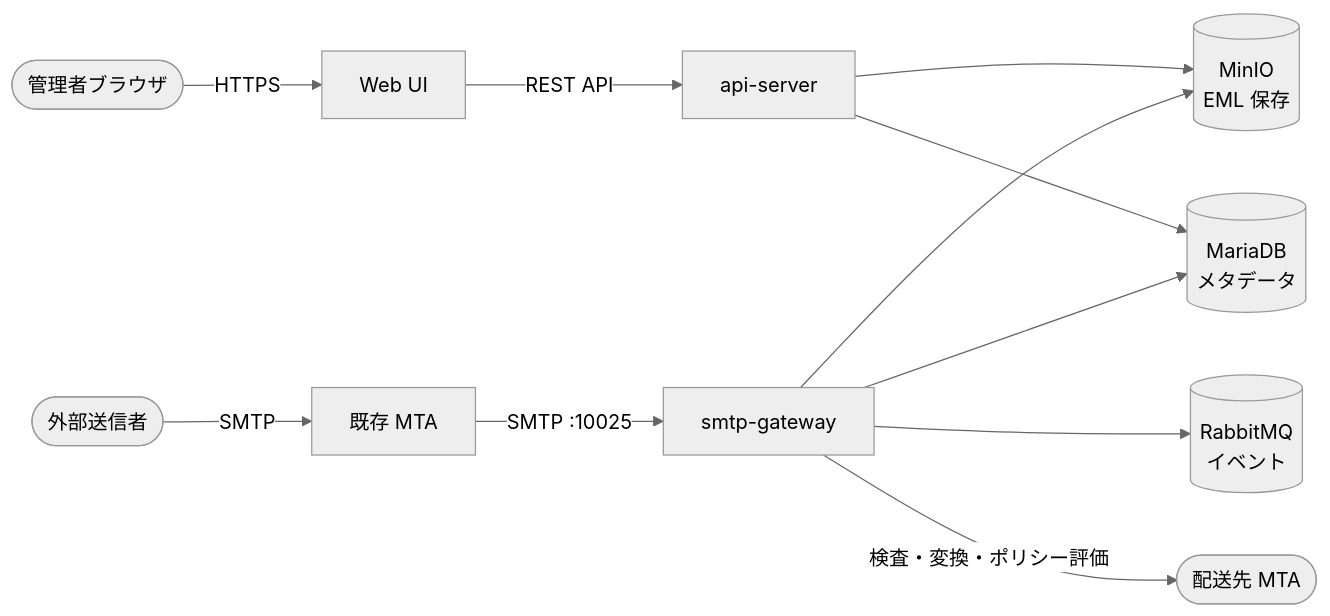
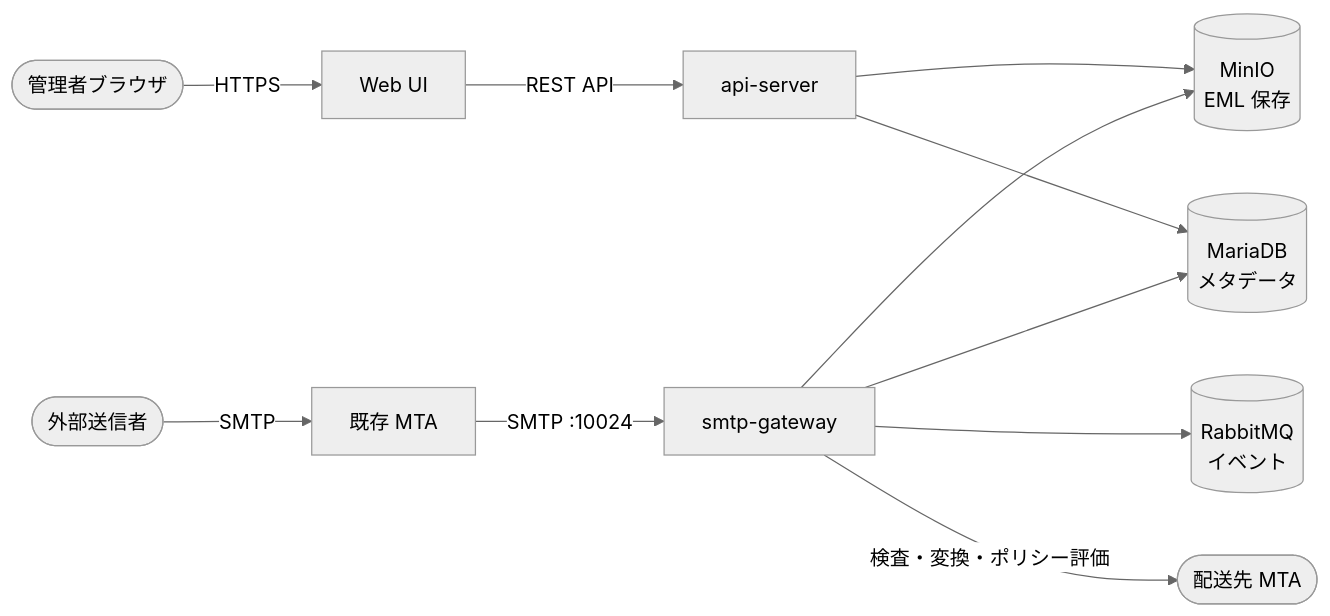
The diagram in README.md (yumekui08/mailshield), drawn with Mermaid (neutral theme) before and after one commit. The commit also changed 22 other files, not shown here.

````diff
--- a/README.md
+++ b/README.md
@@ -113,15 +113,15 @@
 ```mermaid
 flowchart LR
     Sender([外部送信者]) -->|SMTP| MTA["既存 MTA"]
-    MTA -->|"SMTP :10025"| GW["smtp-gateway"]
+    MTA -->|"SMTP :10024"| GW["smtp-gateway"]
 
     GW --> MinIO[("MinIO\nEML 保存")]
     GW --> DB[("MariaDB\nメタデータ")]
     GW --> MQ[("RabbitMQ\nイベント")]
     GW -->|"検査・変換・ポリシー評価"| Dest(["配送先 MTA"])
 
     Admin([管理者ブラウザ]) -->|HTTPS| WebUI["Web UI"]
     WebUI -->|REST API| API["api-server"]
     API --> DB
     API --> MinIO
 ```
````
